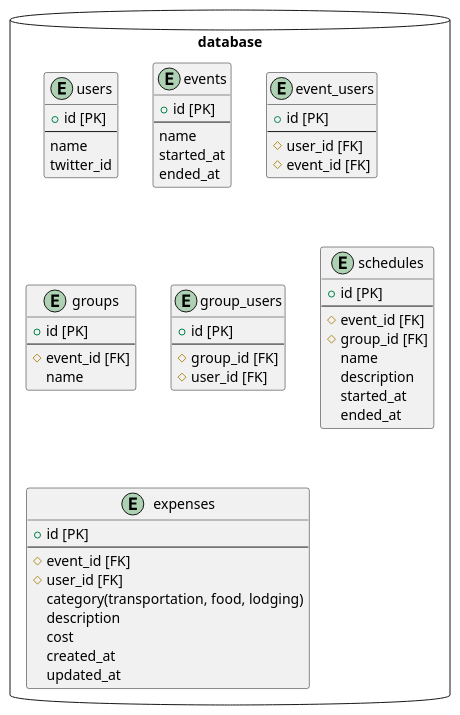
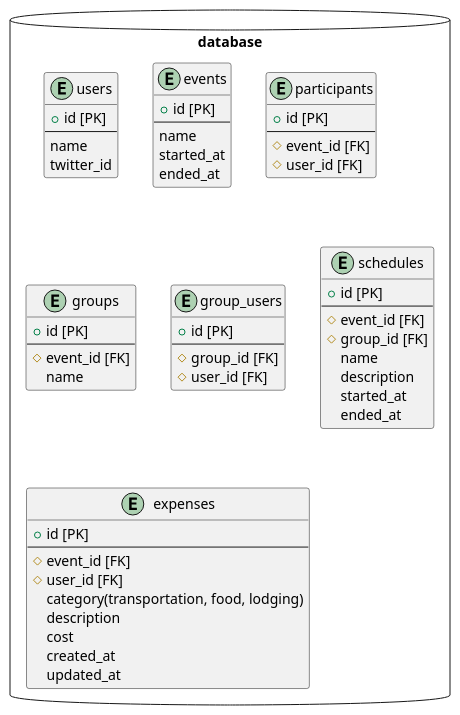
Before and after one commit to tomocrafter/tispa-backend: the diagram in docs/schema.md, drawn with PlantUML. The commit also changed other lines of this file, not shown here.

Commit message:
docs: テーブル名の`event_users`を`participants`に変更

````diff
--- a/docs/schema.md
+++ b/docs/schema.md
@@ -3,66 +3,66 @@
 ```plantuml
 @startuml
 
 package database <<Database>> {
   entity users {
     + id [PK]
     ---
     name
     twitter_id
   }
 
   entity events {
     + id [PK]
     ---
     name
     started_at
     ended_at
   }
 
-  entity event_users {
+  entity participants {
     + id [PK]
     ---
+    # event_id [FK]
     # user_id [FK]
-    # event_id [FK]
   }
 
   entity groups {
     + id [PK]
     ---
     # event_id [FK]
     name
   }
 
   entity group_users {
     + id [PK]
     ---
     # group_id [FK]
     # user_id [FK]
   }
 
   entity schedules {
     + id [PK]
     ---
     # event_id [FK]
     # group_id [FK]
     name
     description
     started_at
     ended_at
   }
 
   entity expenses {
     + id [PK]
     ---
     # event_id [FK]
     # user_id [FK]
     category(transportation, food, lodging)
     description
     cost
     created_at
     updated_at
   }
 }
 
 @enduml
 ```
````
